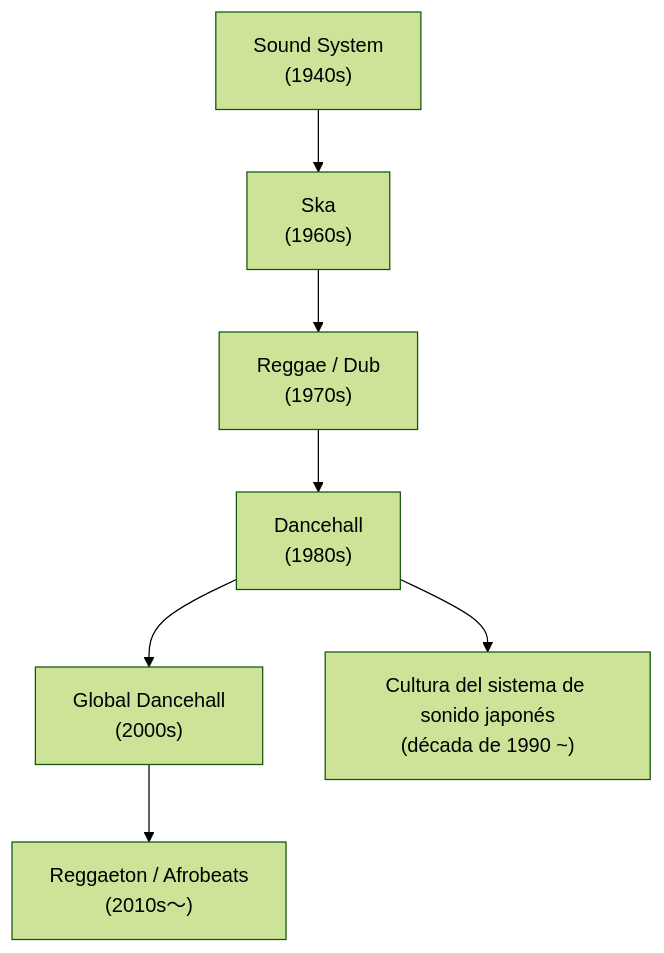
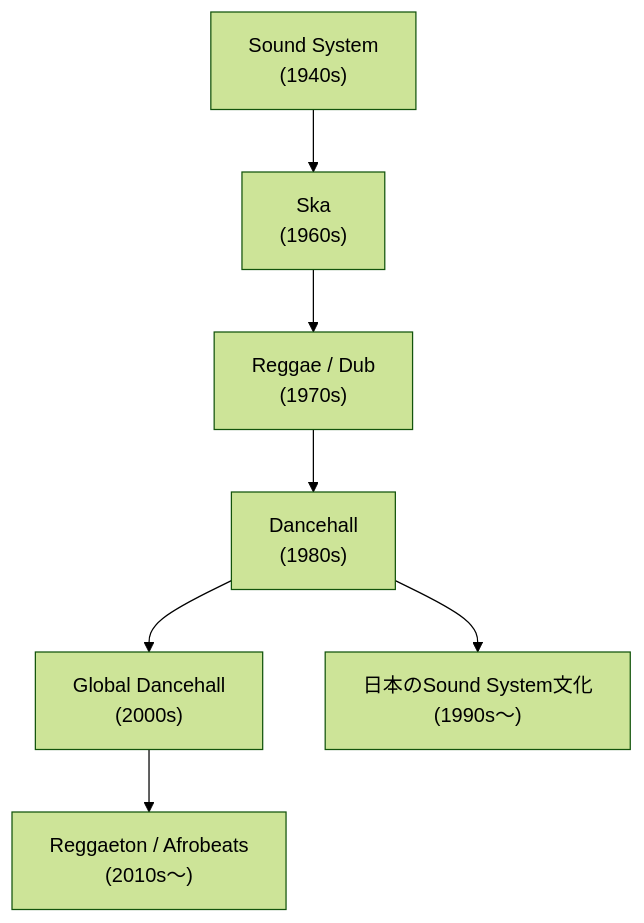
The first of 4 diagrams in es/_posts/2025-11-05-column-dancehall.md (monumental-movement/monumental-movement.github.io), drawn with Mermaid (forest theme) before and after one commit. The commit also changed other lines of this file and 299 other files, not shown here.

```diff
--- a/es/_posts/2025-11-05-column-dancehall.md
+++ b/es/_posts/2025-11-05-column-dancehall.md
@@ -182,11 +182,11 @@
 <div class="mermaid">
 
 graph TD
 A["Sound System\n(1940s)"] --> B["Ska\n(1960s)"]
 B --> C["Reggae / Dub\n(1970s)"]
 C --> D["Dancehall\n(1980s)"]
 D --> E["Global Dancehall\n(2000s)"]
 E --> F["Reggaeton / Afrobeats\n(2010s〜)"]
-D --> G["Cultura del sistema de sonido japonés\n(década de 1990 ~)"]
+D --> G["日本のSound System文化\n(1990s〜)"]
 
 </div>
```
